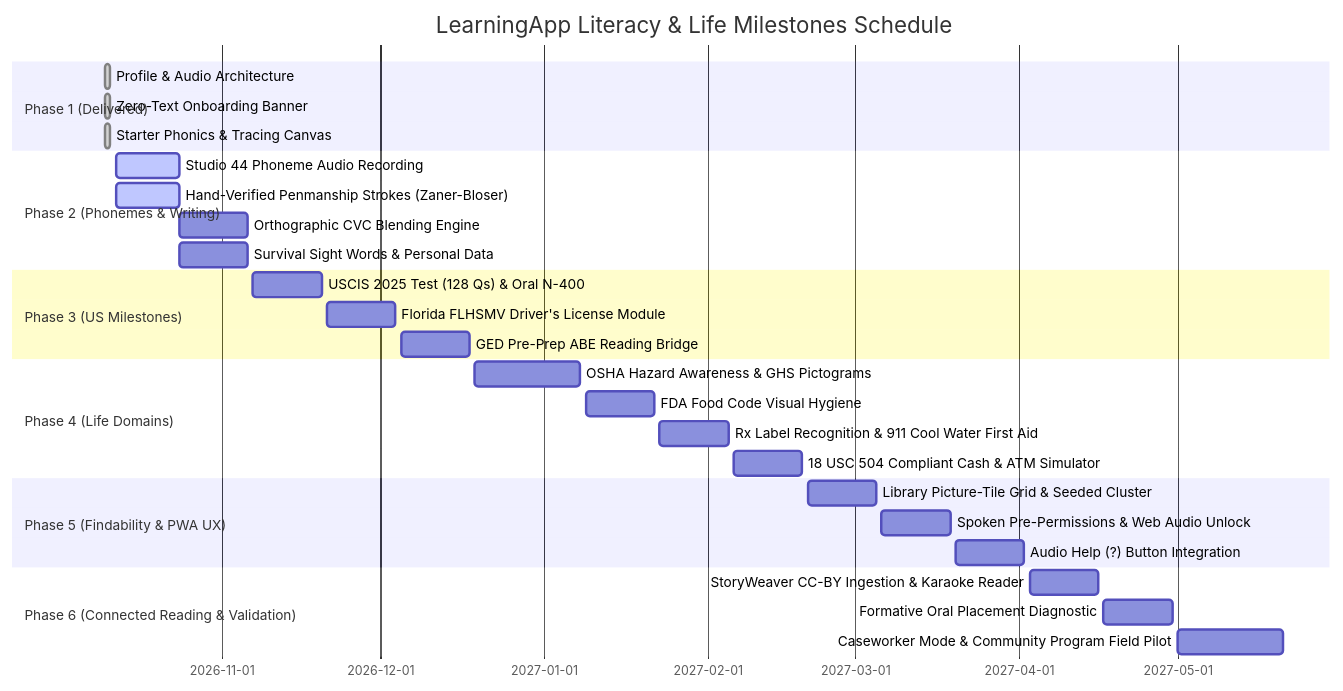
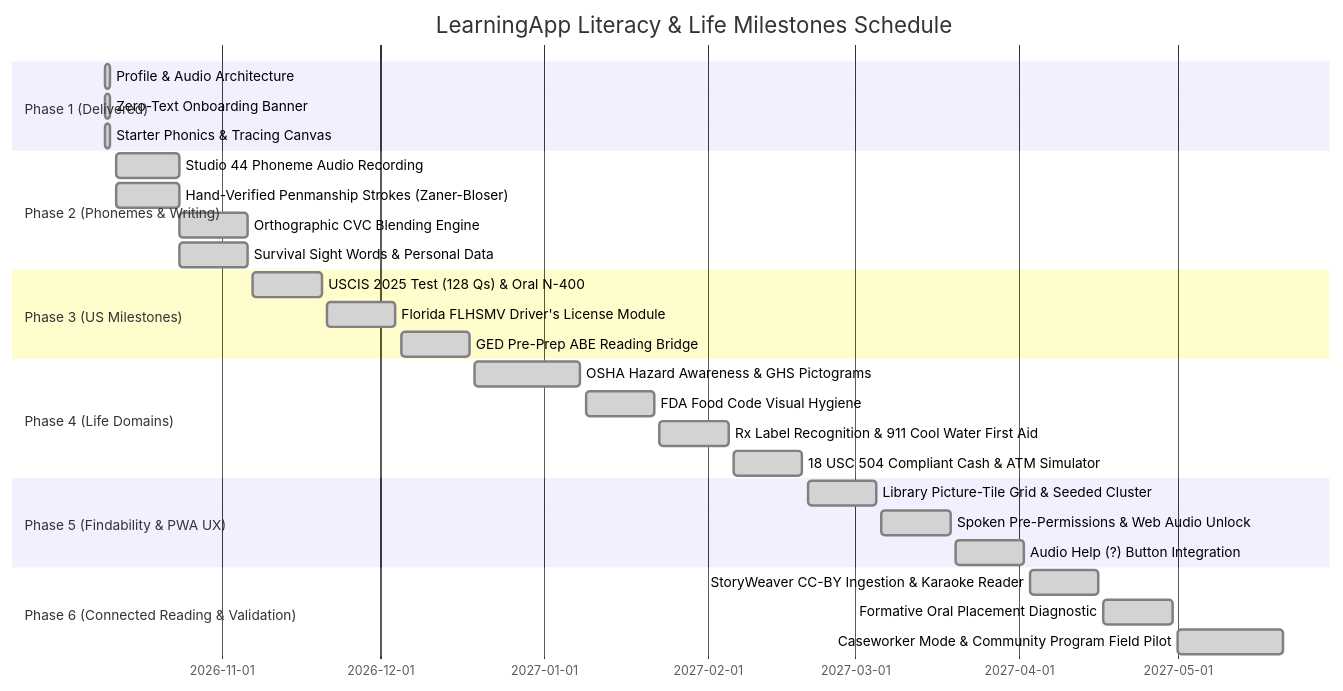
The third of 3 diagrams in LITERACY_ACCESSIBILITY_PLAN.md (RACCHUS/LearningApp), drawn with Mermaid before and after one commit. The commit also changed other lines of this file and 7 other files, not shown here.

Commit message:
feat(literacy): deliver Phase 6 connected stories, formative diagnostic, and caseworker setup

````diff
--- a/LITERACY_ACCESSIBILITY_PLAN.md
+++ b/LITERACY_ACCESSIBILITY_PLAN.md
@@ -461,31 +461,31 @@
 ```mermaid
 gantt
     title LearningApp Literacy & Life Milestones Schedule
     dateFormat  YYYY-MM-DD
     section Phase 1 (Delivered)
     Profile & Audio Architecture :done, p1_1, 2026-10-10, 2026-10-11
     Zero-Text Onboarding Banner :done, p1_2, 2026-10-10, 2026-10-11
     Starter Phonics & Tracing Canvas :done, p1_3, 2026-10-10, 2026-10-11
     section Phase 2 (Phonemes & Writing)
-    Studio 44 Phoneme Audio Recording :active, p2_1, 2026-10-12, 2026-10-24
-    Hand-Verified Penmanship Strokes (Zaner-Bloser) :active, p2_2, 2026-10-12, 2026-10-24
-    Orthographic CVC Blending Engine :p2_3, 2026-10-24, 2026-11-06
-    Survival Sight Words & Personal Data :p2_4, 2026-10-24, 2026-11-06
+    Studio 44 Phoneme Audio Recording :done, p2_1, 2026-10-12, 2026-10-24
+    Hand-Verified Penmanship Strokes (Zaner-Bloser) :done, p2_2, 2026-10-12, 2026-10-24
+    Orthographic CVC Blending Engine :done, p2_3, 2026-10-24, 2026-11-06
+    Survival Sight Words & Personal Data :done, p2_4, 2026-10-24, 2026-11-06
     section Phase 3 (US Milestones)
-    USCIS 2025 Test (128 Qs) & Oral N-400 :p3_1, 2026-11-07, 2026-11-20
-    Florida FLHSMV Driver's License Module :p3_2, 2026-11-21, 2026-12-04
-    GED Pre-Prep ABE Reading Bridge :p3_3, 2026-12-05, 2026-12-18
+    USCIS 2025 Test (128 Qs) & Oral N-400 :done, p3_1, 2026-11-07, 2026-11-20
+    Florida FLHSMV Driver's License Module :done, p3_2, 2026-11-21, 2026-12-04
+    GED Pre-Prep ABE Reading Bridge :done, p3_3, 2026-12-05, 2026-12-18
     section Phase 4 (Life Domains)
-    OSHA Hazard Awareness & GHS Pictograms :p4_1, 2026-12-19, 2027-01-08
-    FDA Food Code Visual Hygiene :p4_2, 2027-01-09, 2027-01-22
-    Rx Label Recognition & 911 Cool Water First Aid :p4_3, 2027-01-23, 2027-02-05
-    18 USC 504 Compliant Cash & ATM Simulator :p4_4, 2027-02-06, 2027-02-19
+    OSHA Hazard Awareness & GHS Pictograms :done, p4_1, 2026-12-19, 2027-01-08
+    FDA Food Code Visual Hygiene :done, p4_2, 2027-01-09, 2027-01-22
+    Rx Label Recognition & 911 Cool Water First Aid :done, p4_3, 2027-01-23, 2027-02-05
+    18 USC 504 Compliant Cash & ATM Simulator :done, p4_4, 2027-02-06, 2027-02-19
     section Phase 5 (Findability & PWA UX)
-    Library Picture-Tile Grid & Seeded Cluster :p5_1, 2027-02-20, 2027-03-05
-    Spoken Pre-Permissions & Web Audio Unlock :p5_2, 2027-03-06, 2027-03-19
-    Audio Help (?) Button Integration :p5_3, 2027-03-20, 2027-04-02
+    Library Picture-Tile Grid & Seeded Cluster :done, p5_1, 2027-02-20, 2027-03-05
+    Spoken Pre-Permissions & Web Audio Unlock :done, p5_2, 2027-03-06, 2027-03-19
+    Audio Help (?) Button Integration :done, p5_3, 2027-03-20, 2027-04-02
     section Phase 6 (Connected Reading & Validation)
-    StoryWeaver CC-BY Ingestion & Karaoke Reader :p6_1, 2027-04-03, 2027-04-16
-    Formative Oral Placement Diagnostic :p6_2, 2027-04-17, 2027-04-30
-    Caseworker Mode & Community Program Field Pilot :p6_3, 2027-05-01, 2027-05-21
+    StoryWeaver CC-BY Ingestion & Karaoke Reader :done, p6_1, 2027-04-03, 2027-04-16
+    Formative Oral Placement Diagnostic :done, p6_2, 2027-04-17, 2027-04-30
+    Caseworker Mode & Community Program Field Pilot :done, p6_3, 2027-05-01, 2027-05-21
 ```
````
